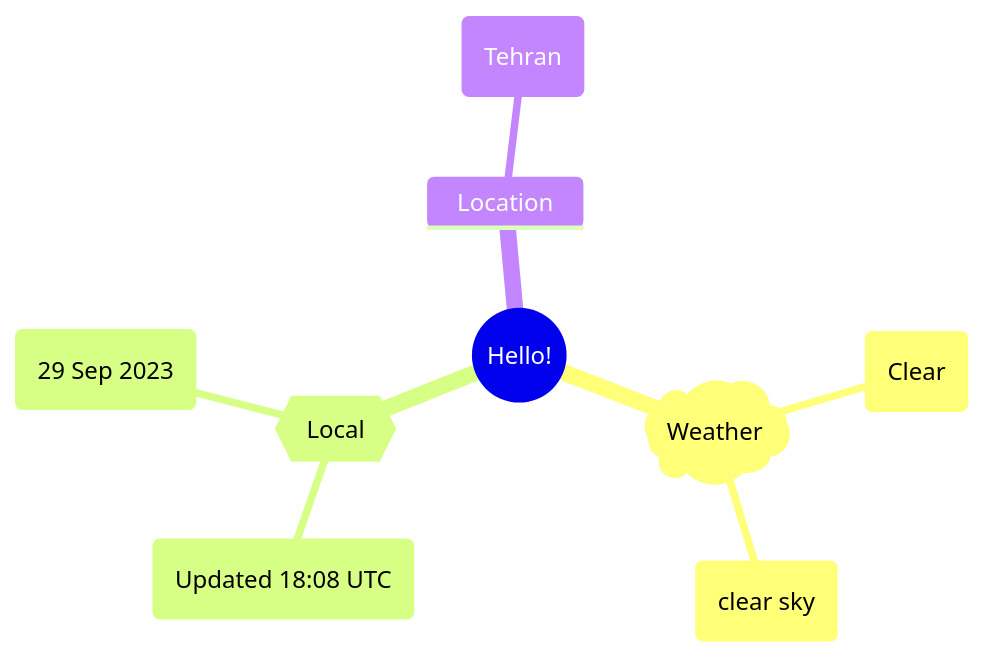
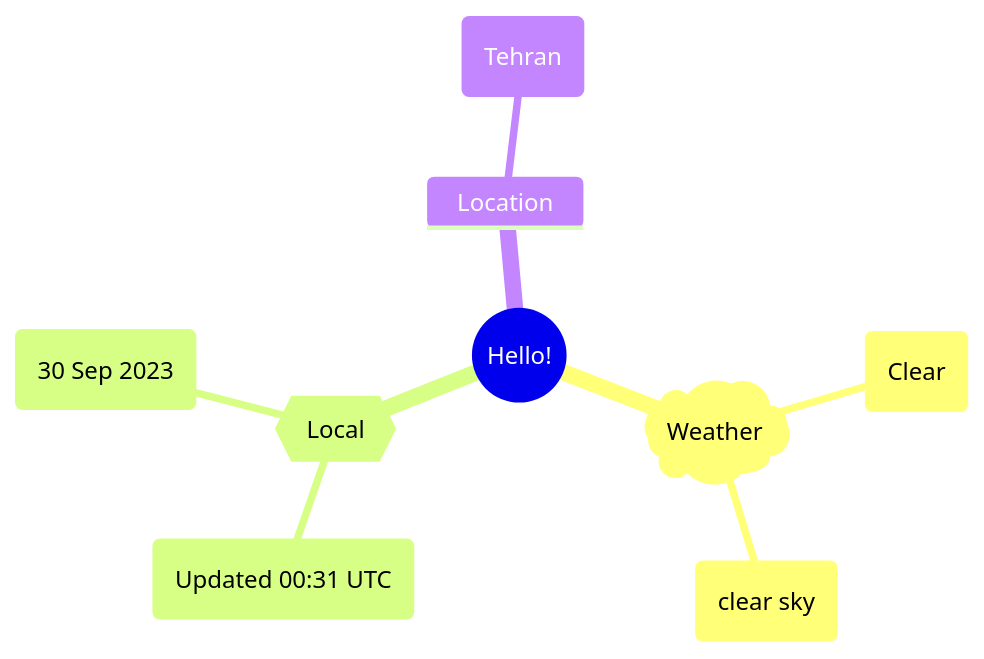
One commit to Xosrov/Xosrov changed the first of 2 diagrams in README.md. Above: the diagram before and after it, drawn with Mermaid.

Commit message:
[bot] updated images

````diff
--- a/README.md
+++ b/README.md
@@ -3,12 +3,12 @@
 ```mermaid
 mindmap
   root((Hello!))
     )Weather(
         (Clear)
         (clear sky)
     {{Local}}
-        (Updated 18:08 UTC)
-        (29 Sep 2023)
+        (Updated 00:31 UTC)
+        (30 Sep 2023)
     Location
         (Tehran)
 ```
````
